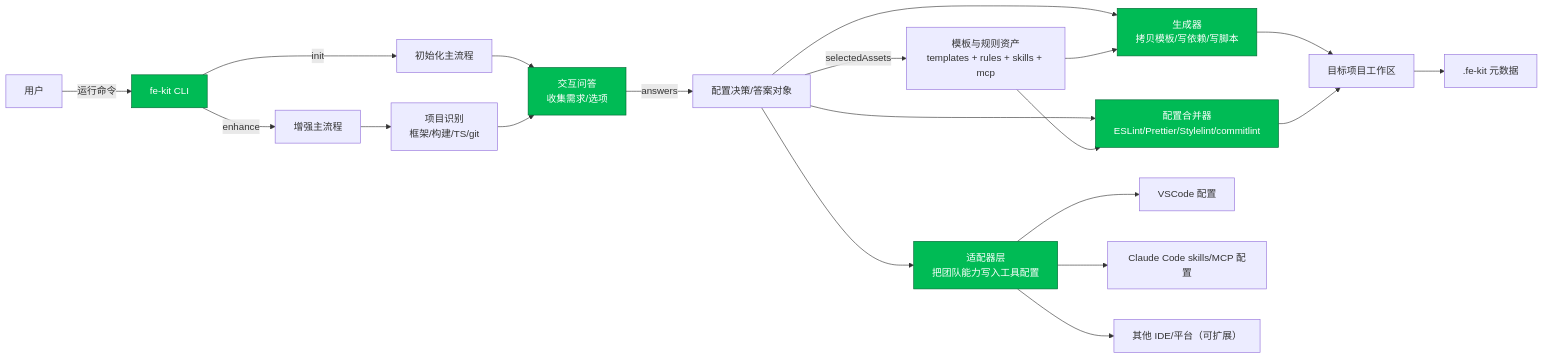
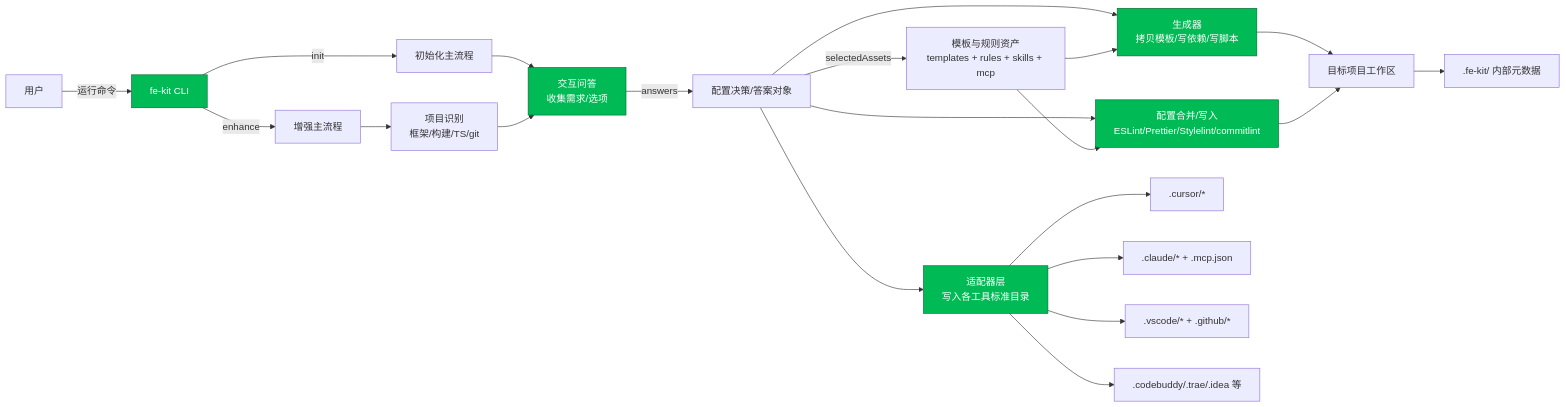
Before and after one commit to ylmz-smz/fe-cli: the diagram in docs/2026-04-07-fe-kit-project-summary-report.md, drawn with Mermaid. The commit also changed other lines of this file and 39 other files, not shown here.

````diff
--- a/docs/2026-04-07-fe-kit-project-summary-report.md
+++ b/docs/2026-04-07-fe-kit-project-summary-report.md
@@ -57,33 +71,34 @@
 ```mermaid
 flowchart LR
   U[用户] -->|运行命令| CLI[fe-kit CLI]
 
   CLI -->|init| INIT[初始化主流程]
   CLI -->|enhance| ENH[增强主流程]
 
   INIT --> QA[交互问答<br/>收集需求/选项]
   ENH --> DETECT[项目识别<br/>框架/构建/TS/git]
   DETECT --> QA
 
   QA -->|answers| PLAN[配置决策/答案对象]
 
   PLAN --> GEN[生成器<br/>拷贝模板/写依赖/写脚本]
-  PLAN --> MERGE[配置合并器<br/>ESLint/Prettier/Stylelint/commitlint]
+  PLAN --> MERGE[配置合并/写入<br/>ESLint/Prettier/Stylelint/commitlint]
 
   PLAN -->|selectedAssets| ASSETS
   ASSETS[模板与规则资产<br/>templates + rules + skills + mcp] --> GEN
   ASSETS --> MERGE
 
   GEN --> PROJ[目标项目工作区]
   MERGE --> PROJ
 
-  PROJ --> META[.fe-kit 元数据]
+  PROJ --> META[.fe-kit/ 内部元数据]
 
-  PLAN --> ADAPTER[适配器层<br/>把团队能力写入工具配置]
-  ADAPTER --> VSC[VSCode 配置]
-  ADAPTER --> CC[Claude Code skills/MCP 配置]
-  ADAPTER --> OTHER[其他 IDE/平台（可扩展）]
+  PLAN --> ADAPTER[适配器层<br/>写入各工具标准目录]
+  ADAPTER --> CURSOR[.cursor/*]
+  ADAPTER --> CLAUDE[.claude/* + .mcp.json]
+  ADAPTER --> VSCODE[.vscode/* + .github/*]
+  ADAPTER --> OTHER[.codebuddy/.trae/.idea 等]
 
   classDef core fill:#0b5,stroke:#063,color:#fff;
   class CLI,QA,GEN,MERGE,ADAPTER core;
 ```
````
